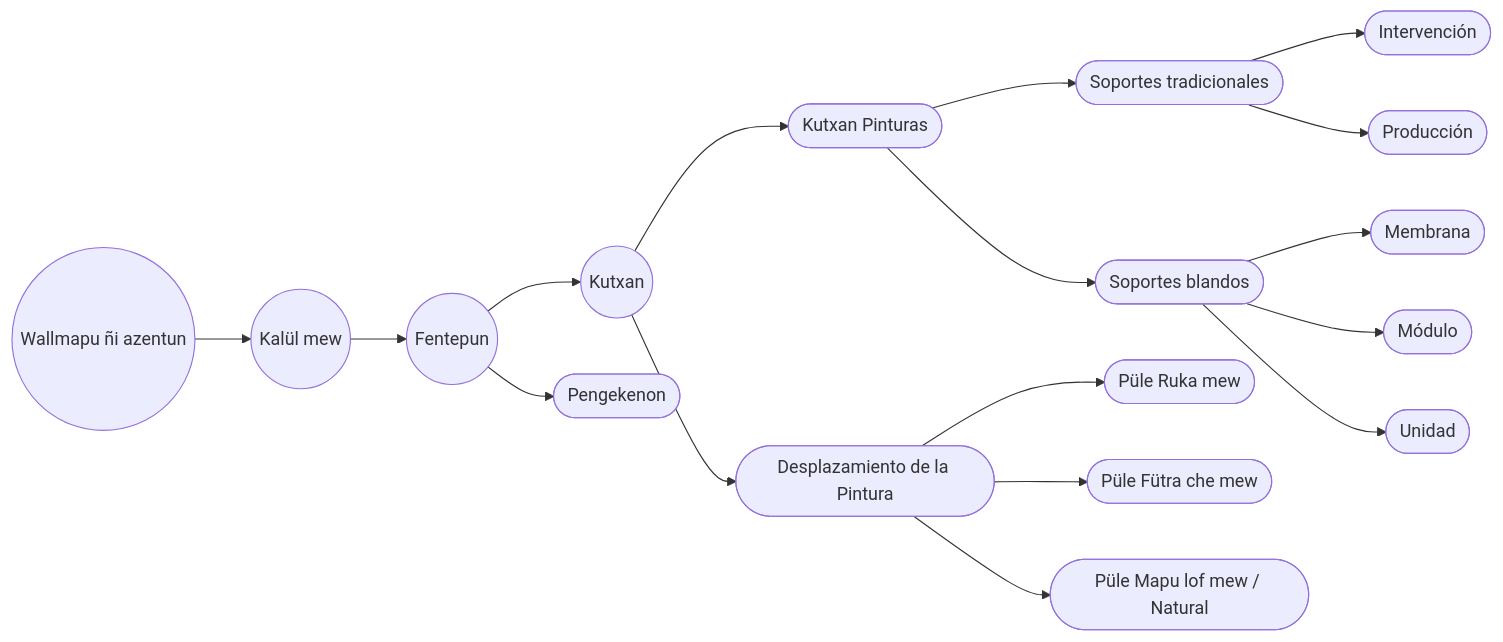
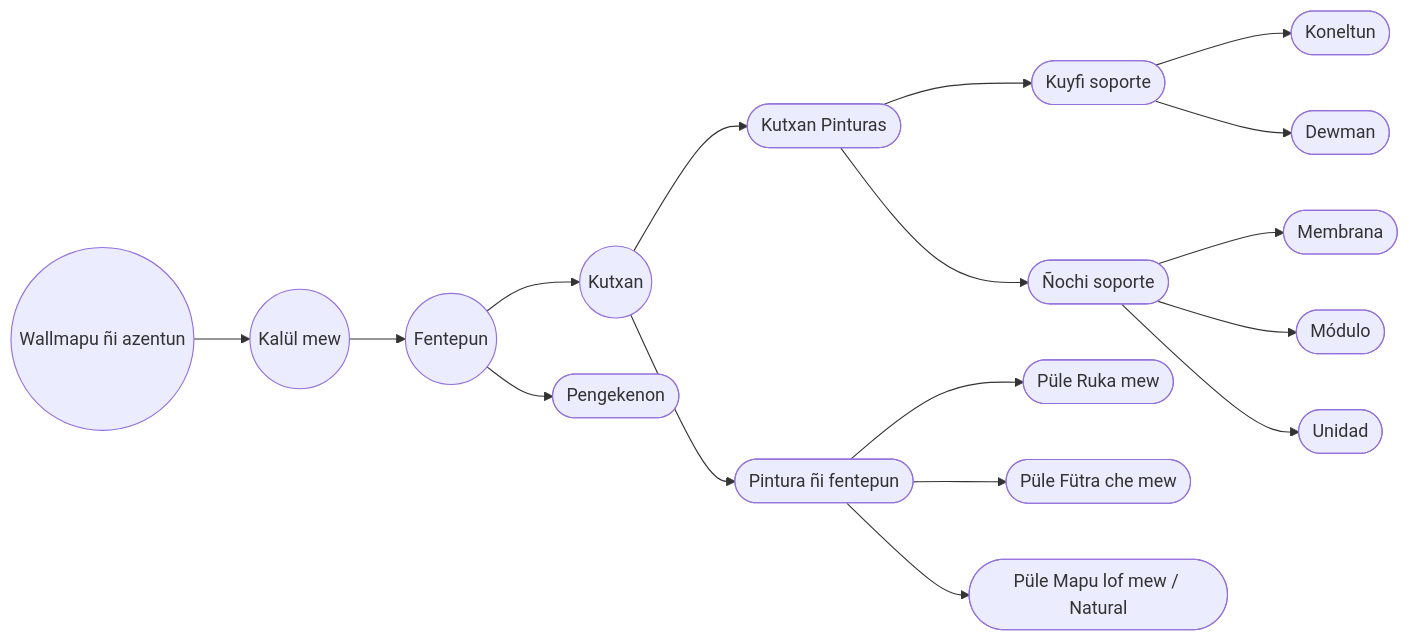
The diagram in MPD/la-peste.md (EGGS-Artesvisuales/EGGS-Artesvisuales.github.io), drawn with Mermaid before and after one commit. The commit also changed other lines of this file and 3 other files, not shown here.

```diff
--- a/MPD/la-peste.md
+++ b/MPD/la-peste.md
@@ -49,51 +49,51 @@
 <div class="mermaid">
 flowchart LR
   %% --- Macroestructura ---
   Z(("Wallmapu ñi azentun")) --> Y(("Kalül mew"))
   Y --> A(("Fentepun"))
   A --> B(("Kutxan"))
   A --> X(["Pengekenon"])
 
   %% --- Rama: Kutxan / Kutxan Pinturas ---
   B --> C(["Kutxan Pinturas"])
 
   %% Soportes tradicionales
-  C --> D(["Soportes tradicionales"])
-  D --> D1(["Intervención"])
-  D --> D2(["Producción"])
+  C --> D(["Kuyfi soporte"])
+  D --> D1(["Koneltun"])
+  D --> D2(["Dewman"])
 
   %% Soportes blandos
-  C --> E(["Soportes blandos"])
+  C --> E(["Ñochi soporte"])
   E --> E1(["Membrana"])
   E --> E2(["Módulo"])
   E --> E3(["Unidad"])
 
   %% --- Rama: Desplazamiento de la Pintura ---
-  B --> F(["Desplazamiento de la Pintura"])
+  B --> F(["Pintura ñi fentepun"])
   F --> F1(["Püle Ruka mew"])
   F --> F2(["Püle Fütra che mew"])
   F --> F3(["Püle Mapu lof mew / Natural"])
 
   %% --- Links ---
   click Z "/MPD/mundo-exterior.html" "Adkintun: Wallmapu ñi azentun"
   click Y "/MPD/tangible.html" "Adkintun: Kalül mew"
   click A "/MPD/saturacion.html" "Adkintun: Fentepun"
   click B "/MPD/la-peste.html" "Adkintun: Kutxan"
   click X "/MPD/lo-invisible.html" "Adkintun: Pengekenon"
 
   click C "/MPD/peste-pinturas-infectadas.html" "Adkintun: Kutxan Pinturas"
 
-  click D "/MPD/peste-pinturas-infectadas.html#soportes-tradicionales" "Amun: Soportes Tradicionales"
-  click D1 "/MPD/peste-pinturas-infectadas.html#intervenciones" "Amun: Intervenciones"
-  click D2 "/MPD/peste-pinturas-infectadas.html#producciones" "Amun: Producciones"
+  click D "/MPD/peste-pinturas-infectadas.html#soportes-tradicionales" "Amun: Kuyfi soporte"
+  click D1 "/MPD/peste-pinturas-infectadas.html#intervenciones" "Amun: Koneltun"
+  click D2 "/MPD/peste-pinturas-infectadas.html#producciones" "Amun: Dewman"
 
-  click E "/MPD/peste-pinturas-infectadas.html#soportes-blandos" "Amun: Soportes Blandos"
+  click E "/MPD/peste-pinturas-infectadas.html#soportes-blandos" "Amun: Ñochi soporte"
   click E1 "/MPD/peste-pinturas-infectadas.html#membranas" "Amun: Membranas"
   click E2 "/MPD/peste-pinturas-infectadas.html#modulos" "Amun: Módulos"
   click E3 "/MPD/peste-pinturas-infectadas.html#unidades" "Amun: Unidades"
 
-  click F "/MPD/desplazamiento-pintura.html" "Amun: Desplazamiento de la Pintura"
+  click F "/MPD/desplazamiento-pintura.html" "Amun: Pintura ñi fentepun"
   click F1 "/MPD/espacio-domestico.html" "Amun: Püle Ruka mew"
   click F2 "/MPD/espacio-publico.html" "Amun: Püle Fütra che mew"
   click F3 "/MPD/espacio-rural.html" "Amun: Püle Mapu lof mew / Natural"
 </div>
```
